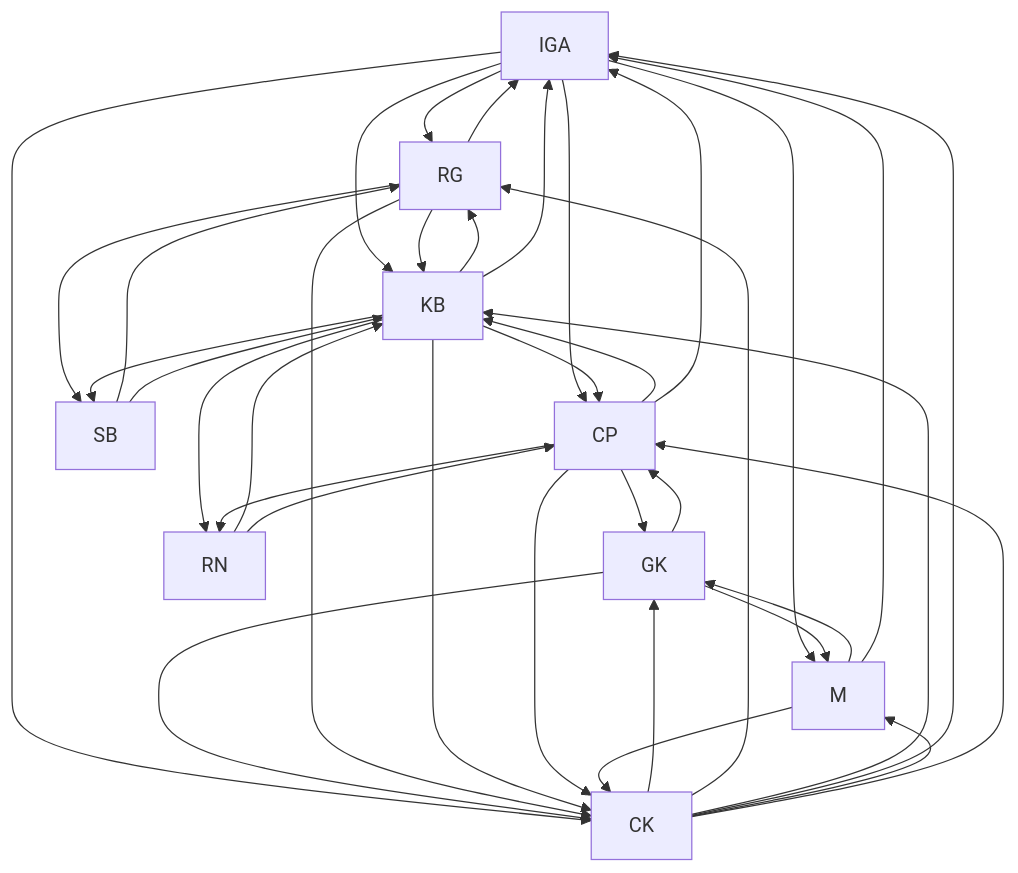
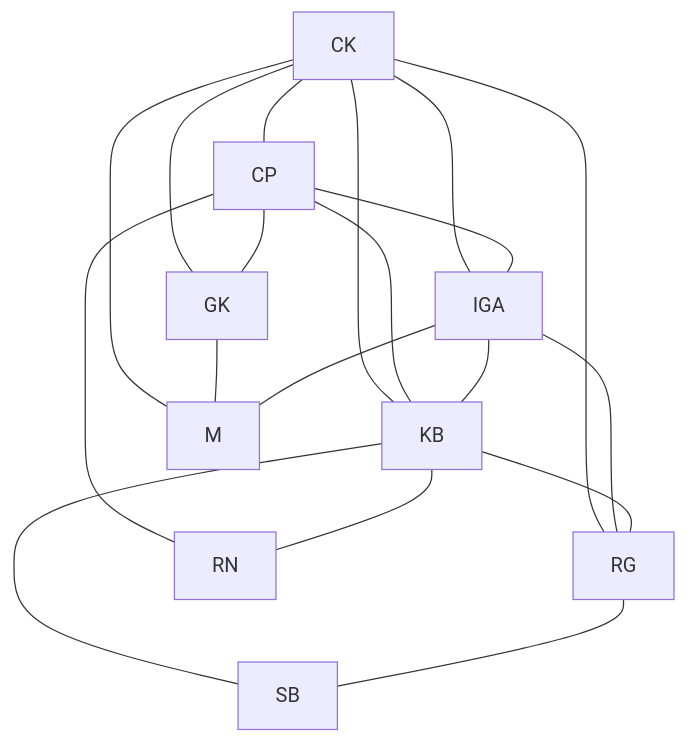
The diagram in dsa-23au/java-dsa/graphs/README.md (TheEvergreenStateCollege/upper-division-cs-23-24), drawn with Mermaid before and after one commit. The commit also changed 3 other files, not shown here.

Commit message:
Fixed graph to be undirected for Prim's.

````diff
--- a/dsa-23au/java-dsa/graphs/README.md
+++ b/dsa-23au/java-dsa/graphs/README.md
@@ -5,39 +5,21 @@
 ```mermaid
 graph TD
-    IGA-->RG
-    IGA-->KB
-    IGA-->CP
-    IGA-->M
-    IGA-->CK
-    GK-->M
-    GK-->CP
-    GK-->CK
-    RG-->KB
-    RG-->IGA
-    RG-->SB
-    RG-->CK
-    KB-->RG
-    KB-->IGA
-    KB-->CP
-    KB-->RN
-    KB-->SB
-    KB-->CK
-    CK-->GK
-    CK-->RG
-    CK-->KB
-    CK-->IGA
-    CK-->M
-    CK-->CP
-    RN-->KB
-    RN-->CP
-    CP-->GK
-    CP-->KB
-    CP-->IGA
-    CP-->RN
-    CP-->CK
-    M-->GK
-    M-->IGA
-    M-->CK
-    SB-->RG
-    SB-->KB
+    CK---CP
+    CK---GK
+    CK---IGA
+    CK---KB
+    CK---M
+    CK---RG
+    CP---GK
+    CP---IGA
+    CP---KB
+    CP---RN
+    GK---M
+    IGA---KB
+    IGA---M
+    IGA---RG
+    KB---RG
+    KB---RN
+    KB---SB
+    RG---SB
 ```
````
